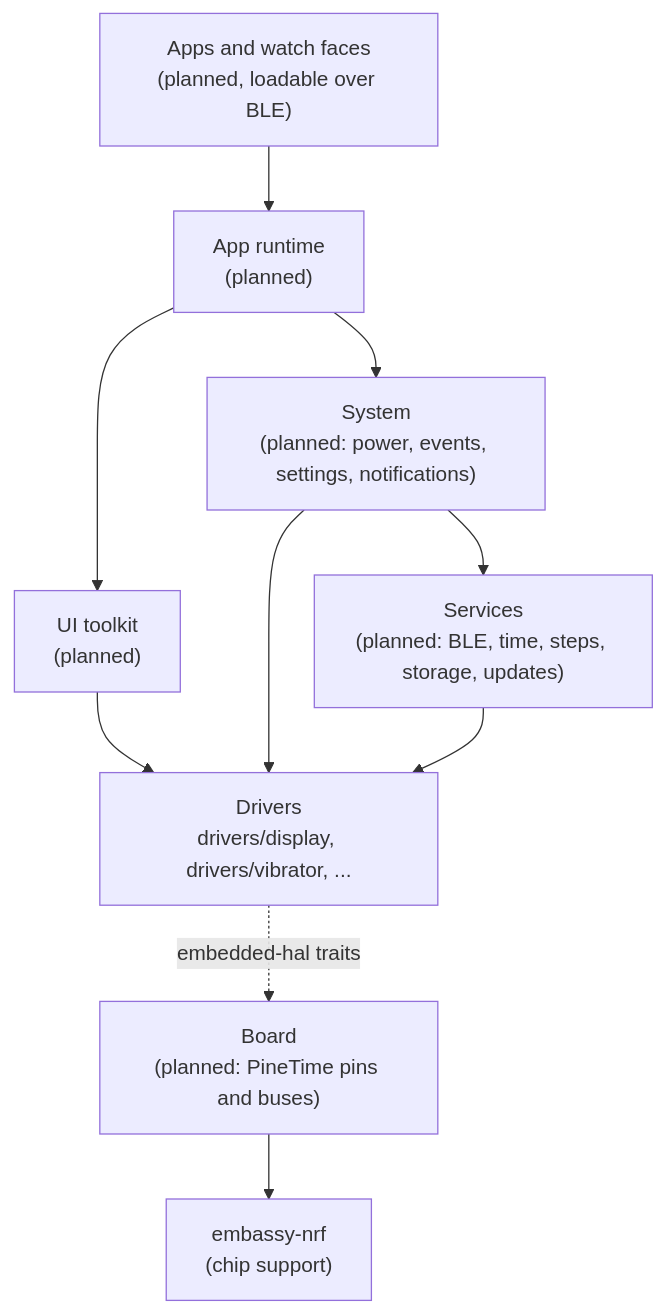
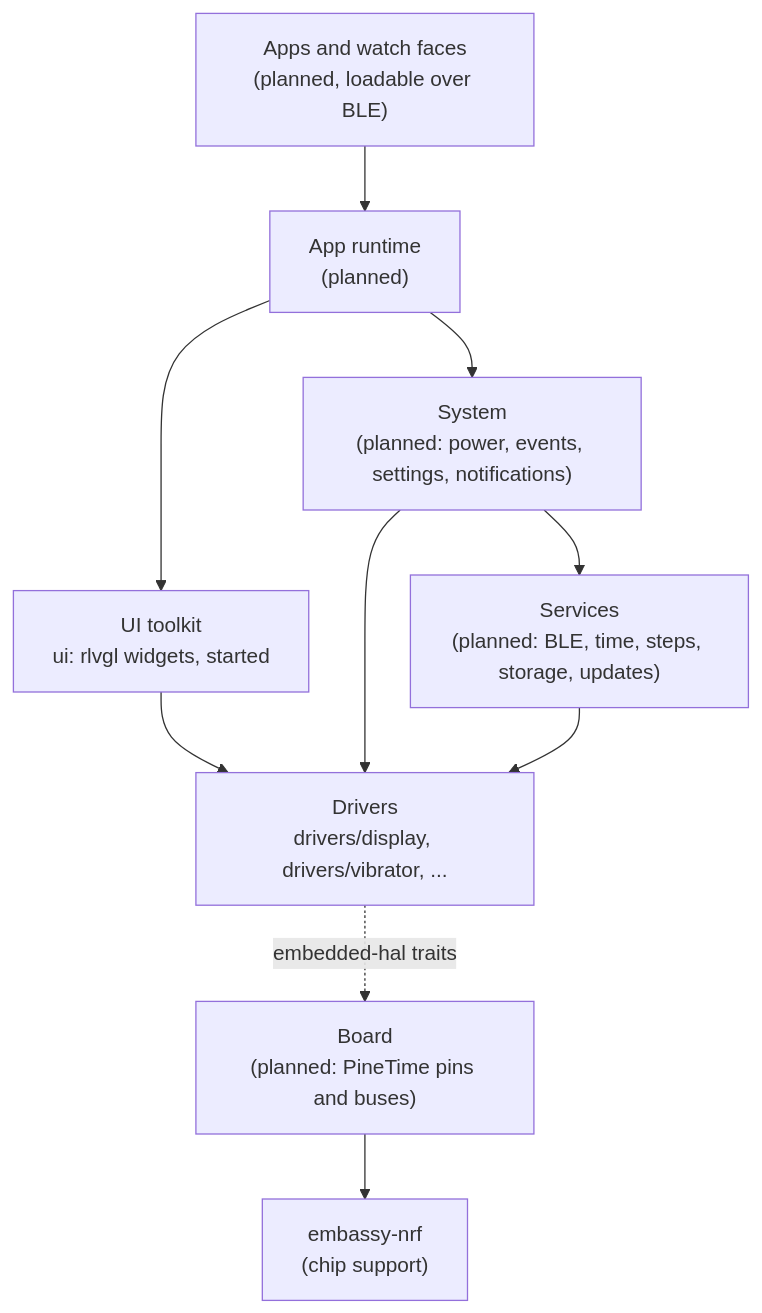
Before and after one commit to BeatLink/BattleTime: the diagram in docs/architecture.md, drawn with Mermaid. The commit also changed other lines of this file and 5 other files, not shown here.

Commit message:
feat(ui): draw rlvgl widgets on the display through embedded-graphics

````diff
--- a/docs/architecture.md
+++ b/docs/architecture.md
@@ -25,21 +25,21 @@
 ```mermaid
 flowchart TB
     apps["Apps and watch faces<br/>(planned, loadable over BLE)"]
     runtime["App runtime<br/>(planned)"]
-    ui["UI toolkit<br/>(planned)"]
+    ui["UI toolkit<br/>ui: rlvgl widgets, started"]
     system["System<br/>(planned: power, events, settings, notifications)"]
     services["Services<br/>(planned: BLE, time, steps, storage, updates)"]
     drivers["Drivers<br/>drivers/display, drivers/vibrator, ..."]
     board["Board<br/>(planned: PineTime pins and buses)"]
     hal["embassy-nrf<br/>(chip support)"]
 
     apps --> runtime
     runtime --> ui
     runtime --> system
     ui --> drivers
     system --> services
     system --> drivers
     services --> drivers
     drivers -. embedded-hal traits .-> board
     board --> hal
 ```
````
